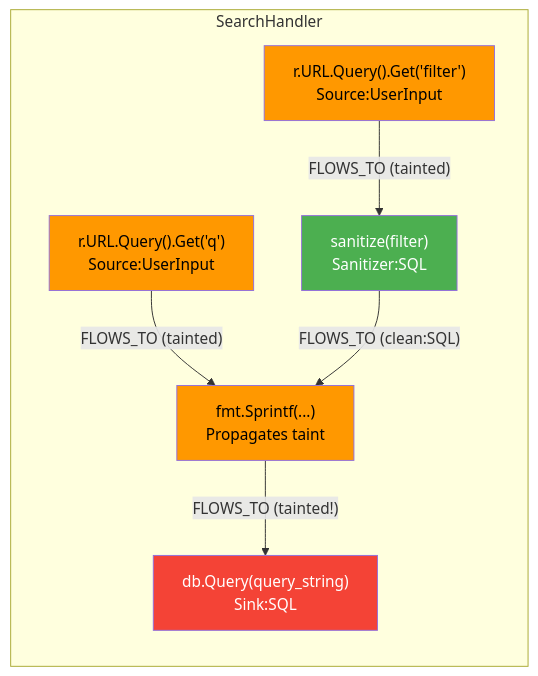
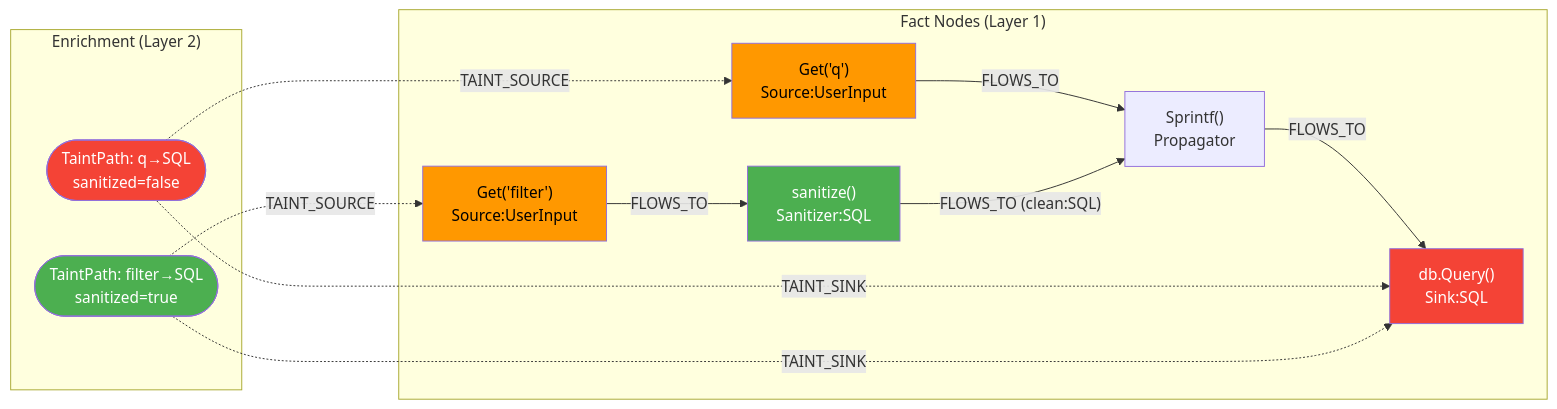
One commit to ricochet1k/orbitmesh changed the second of 6 diagrams in docs/CodeFlow/customizable-analysis-rules-review.md. Above: the diagram before and after it, drawn with Mermaid. The commit also changed other lines of this file, not shown here.

First line of the commit message:
Rewrite CodeFlow analysis rules review with correct three-layer model

````diff
--- a/docs/CodeFlow/customizable-analysis-rules-review.md
+++ b/docs/CodeFlow/customizable-analysis-rules-review.md
@@ -672,21 +1098,33 @@
 ```mermaid
 graph LR
-    subgraph "SearchHandler"
-        SRC1["r.URL.Query().Get('q')<br/>Source:UserInput"]
-        SRC2["r.URL.Query().Get('filter')<br/>Source:UserInput"]
-        SAN["sanitize(filter)<br/>Sanitizer:SQL"]
-        SPRINTF["fmt.Sprintf(...)<br/>Propagates taint"]
-        SINK["db.Query(query_string)<br/>Sink:SQL"]
+    subgraph "Fact Nodes (Layer 1)"
+        SRC_Q["Get('q')<br/>Source:UserInput"]
+        SRC_F["Get('filter')<br/>Source:UserInput"]
+        SAN["sanitize()<br/>Sanitizer:SQL"]
+        SPF["Sprintf()<br/>Propagator"]
+        SINK["db.Query()<br/>Sink:SQL"]
     end
 
-    SRC1 -- "FLOWS_TO (tainted)" --> SPRINTF
-    SRC2 -- "FLOWS_TO (tainted)" --> SAN
-    SAN -- "FLOWS_TO (clean:SQL)" --> SPRINTF
-    SPRINTF -- "FLOWS_TO (tainted!)" --> SINK
+    subgraph "Enrichment (Layer 2)"
+        TP1(["TaintPath: q→SQL<br/>sanitized=false"])
+        TP2(["TaintPath: filter→SQL<br/>sanitized=true"])
+    end
 
-    style SRC1 fill:#ff9800,color:#000
-    style SRC2 fill:#ff9800,color:#000
+    SRC_Q -- "FLOWS_TO" --> SPF
+    SRC_F -- "FLOWS_TO" --> SAN
+    SAN -- "FLOWS_TO (clean:SQL)" --> SPF
+    SPF -- "FLOWS_TO" --> SINK
+
+    TP1 -. "TAINT_SOURCE" .-> SRC_Q
+    TP1 -. "TAINT_SINK" .-> SINK
+
+    TP2 -. "TAINT_SOURCE" .-> SRC_F
+    TP2 -. "TAINT_SINK" .-> SINK
+
+    style SRC_Q fill:#ff9800,color:#000
+    style SRC_F fill:#ff9800,color:#000
     style SAN fill:#4caf50,color:#fff
-    style SPRINTF fill:#ff9800,color:#000
     style SINK fill:#f44336,color:#fff
+    style TP1 fill:#f44336,color:#fff
+    style TP2 fill:#4caf50,color:#fff
 ```
````
